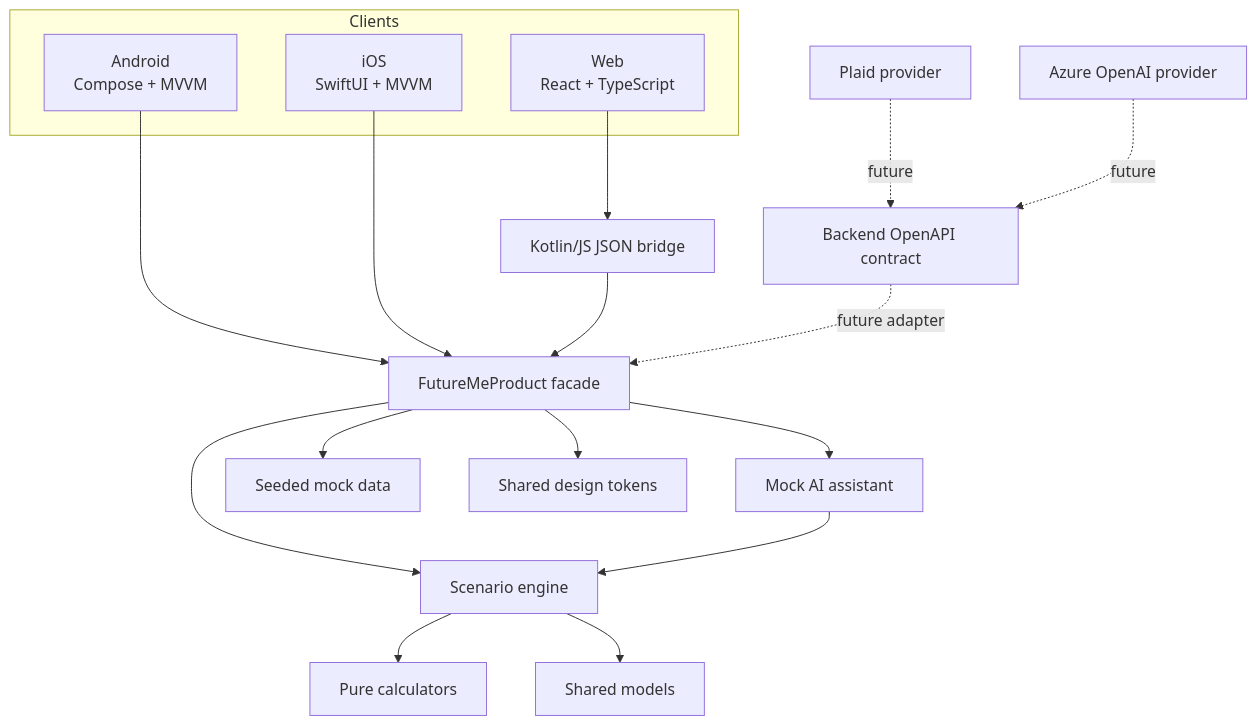
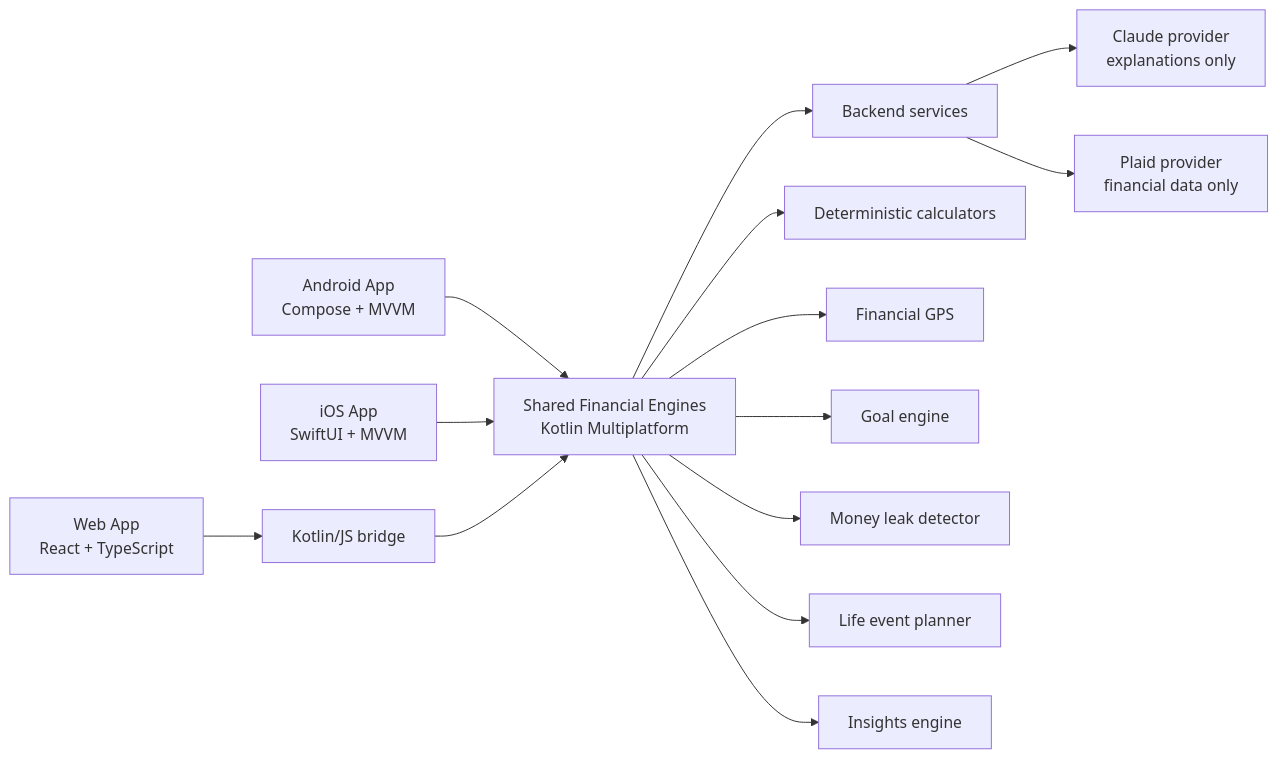
The diagram in README.md (sagrawal2418/futureme-financial-ai), drawn with Mermaid before and after one commit. The commit also changed other lines of this file and 23 other files, not shown here.

Commit message:
feat: add backend provider architecture and v2 docs

````diff
--- a/README.md
+++ b/README.md
@@ -42,24 +44,21 @@
 ```mermaid
-flowchart TB
-    subgraph Clients
-        ANDROID["Android<br/>Compose + MVVM"]
-        IOS["iOS<br/>SwiftUI + MVVM"]
-        WEB["Web<br/>React + TypeScript"]
-    end
+flowchart LR
+    ANDROID["Android App<br/>Compose + MVVM"]
+    IOS["iOS App<br/>SwiftUI + MVVM"]
+    WEB["Web App<br/>React + TypeScript"]
 
-    ANDROID --> PRODUCT["FutureMeProduct facade"]
-    IOS --> PRODUCT
-    WEB --> BRIDGE["Kotlin/JS JSON bridge"] --> PRODUCT
+    ANDROID --> CORE["Shared Financial Engines<br/>Kotlin Multiplatform"]
+    IOS --> CORE
+    WEB --> BRIDGE["Kotlin/JS bridge"] --> CORE
 
-    PRODUCT --> ENGINE["Scenario engine"]
-    PRODUCT --> ASSISTANT["Mock AI assistant"]
-    ENGINE --> CALC["Pure calculators"]
-    ENGINE --> MODELS["Shared models"]
-    ASSISTANT --> ENGINE
-    PRODUCT --> MOCK["Seeded mock data"]
-    PRODUCT --> TOKENS["Shared design tokens"]
+    CORE --> API["Backend services"]
+    API --> CLAUDE["Claude provider<br/>explanations only"]
+    API --> PLAID["Plaid provider<br/>financial data only"]
 
-    API["Backend OpenAPI contract"] -. future adapter .-> PRODUCT
-    PLAID["Plaid provider"] -. future .-> API
-    AZURE["Azure OpenAI provider"] -. future .-> API
+    CORE --> CALC["Deterministic calculators"]
+    CORE --> GPS["Financial GPS"]
+    CORE --> GOALS["Goal engine"]
+    CORE --> LEAKS["Money leak detector"]
+    CORE --> EVENTS["Life event planner"]
+    CORE --> INSIGHTS["Insights engine"]
 ```
````
